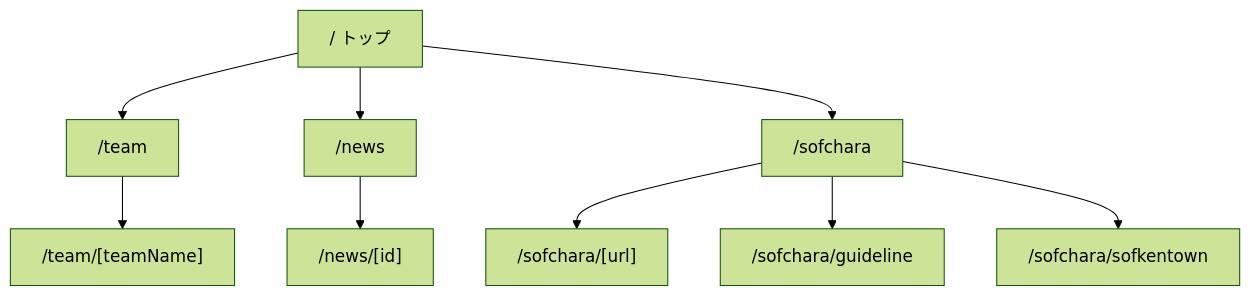
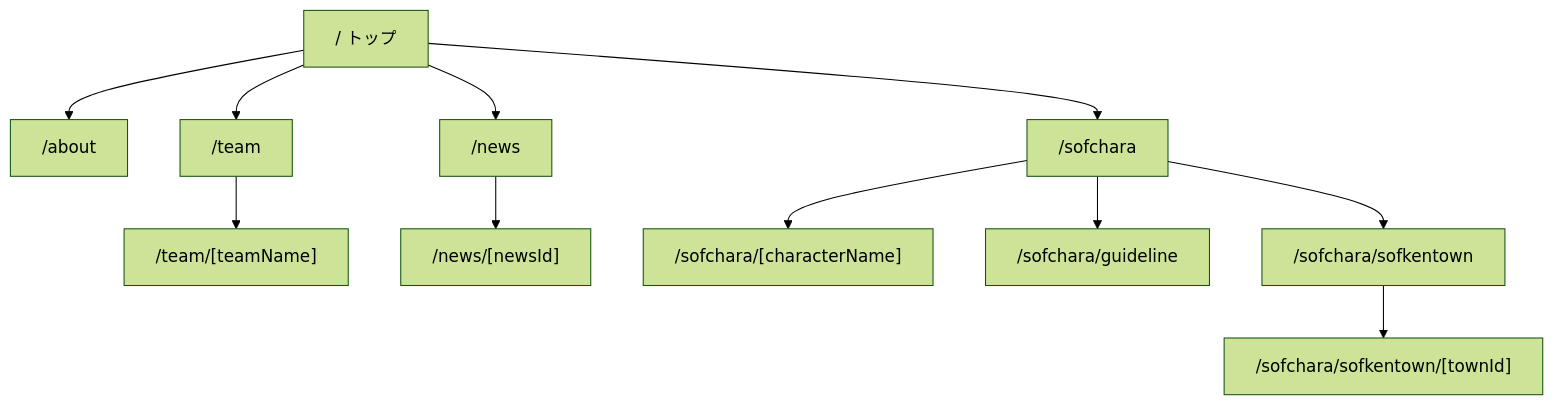
The seventh of 7 diagrams in docs/api/api.md (src-system/tdu-src-website), drawn with Mermaid (forest theme) before and after one commit. The commit also changed other lines of this file and 37 other files, not shown here.

````diff
--- a/docs/api/api.md
+++ b/docs/api/api.md
@@ -151,13 +222,15 @@
 ```mermaid
 flowchart TB
     ROOT["/ トップ"]
+    ROOT --> ABOUT["/about"]
     ROOT --> TEAM["/team"]
     ROOT --> NEWS["/news"]
     ROOT --> SOFCHARA["/sofchara"]
 
     TEAM --> TEAM_DETAIL["/team/[teamName]"]
-    NEWS --> NEWS_DETAIL["/news/[id]"]
-    SOFCHARA --> CHARA["/sofchara/[url]"]
+    NEWS --> NEWS_DETAIL["/news/[newsId]"]
+    SOFCHARA --> CHARA["/sofchara/[characterName]"]
     SOFCHARA --> GUIDELINE["/sofchara/guideline"]
     SOFCHARA --> SOFKENTOWN["/sofchara/sofkentown"]
+    SOFKENTOWN --> SOFKENTOWN_DETAIL["/sofchara/sofkentown/[townId]"]
 ```
````
